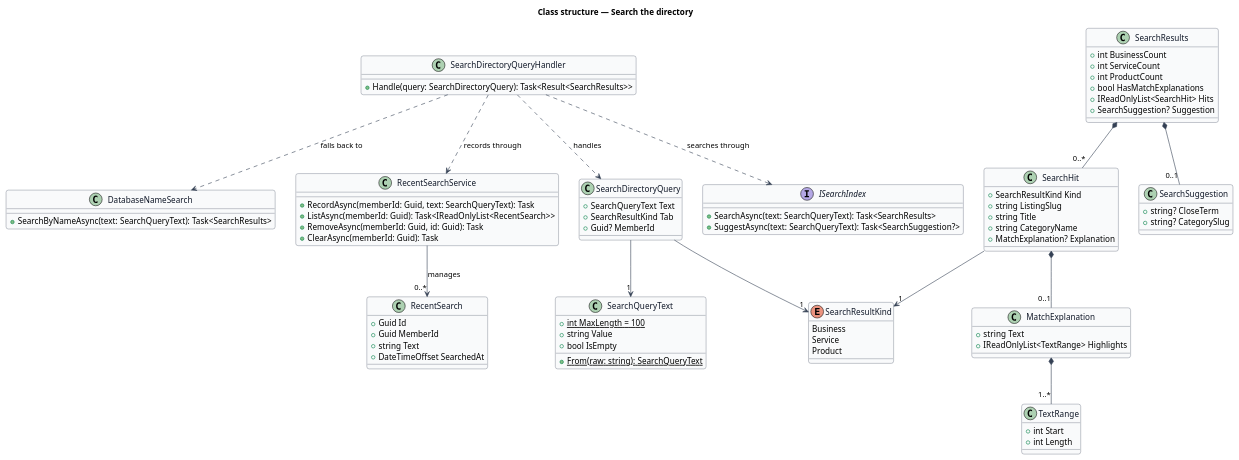
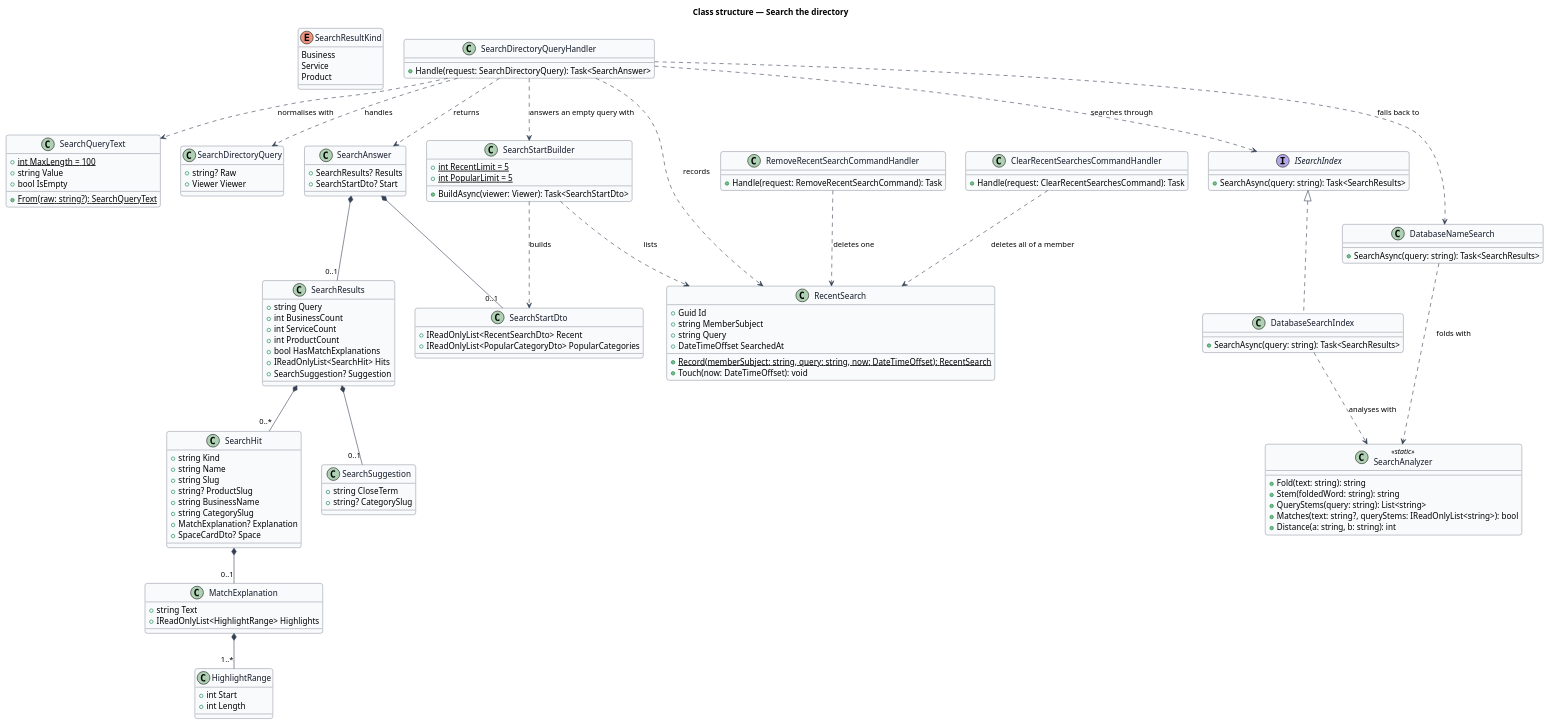
One commit to QuinntyneBrown/jubilee changed the diagram in docs/detailed-designs/directory/search-directory/diagrams/class-structure.puml. Above: the diagram before and after it, drawn with PlantUML. The commit also changed 34 other files, not shown here.

First line of the commit message:
Search: the index over the database is the final design, with no indexing job (ADR 0011, L2-029 AC7)

```diff
--- a/docs/detailed-designs/directory/search-directory/diagrams/class-structure.puml
+++ b/docs/detailed-designs/directory/search-directory/diagrams/class-structure.puml
@@ -1,106 +1,147 @@
 @startuml
 ' --- shared skin header ---
 skinparam backgroundColor #FFFFFF
 skinparam shadowing false
 skinparam roundcorner 8
 skinparam defaultFontName Arial
 skinparam ArrowColor #344054
 skinparam class {
   BorderColor #344054
   FontColor #101828
   BackgroundColor #F9FAFB
 }
 ' --------------------------
 title Class structure — Search the directory
 
 enum SearchResultKind {
   Business
   Service
   Product
 }
 
 class SearchQueryText {
   +{static} int MaxLength = 100
   +string Value
   +bool IsEmpty
-  +{static} From(raw: string): SearchQueryText
+  +{static} From(raw: string?): SearchQueryText
 }
 
 class SearchDirectoryQuery {
-  +SearchQueryText Text
-  +SearchResultKind Tab
-  +Guid? MemberId
+  +string? Raw
+  +Viewer Viewer
 }
 
 class SearchDirectoryQueryHandler {
-  +Handle(query: SearchDirectoryQuery): Task<Result<SearchResults>>
+  +Handle(request: SearchDirectoryQuery): Task<SearchAnswer>
+}
+
+class SearchAnswer {
+  +SearchResults? Results
+  +SearchStartDto? Start
 }
 
 interface ISearchIndex {
-  +SearchAsync(text: SearchQueryText): Task<SearchResults>
-  +SuggestAsync(text: SearchQueryText): Task<SearchSuggestion?>
+  +SearchAsync(query: string): Task<SearchResults>
+}
+
+class DatabaseSearchIndex {
+  +SearchAsync(query: string): Task<SearchResults>
+}
+
+class SearchAnalyzer <<static>> {
+  +Fold(text: string): string
+  +Stem(foldedWord: string): string
+  +QueryStems(query: string): List<string>
+  +Matches(text: string?, queryStems: IReadOnlyList<string>): bool
+  +Distance(a: string, b: string): int
 }
 
 class DatabaseNameSearch {
-  +SearchByNameAsync(text: SearchQueryText): Task<SearchResults>
+  +SearchAsync(query: string): Task<SearchResults>
 }
 
 class SearchResults {
+  +string Query
   +int BusinessCount
   +int ServiceCount
   +int ProductCount
   +bool HasMatchExplanations
   +IReadOnlyList<SearchHit> Hits
   +SearchSuggestion? Suggestion
 }
 
 class SearchHit {
-  +SearchResultKind Kind
-  +string ListingSlug
-  +string Title
-  +string CategoryName
+  +string Kind
+  +string Name
+  +string Slug
+  +string? ProductSlug
+  +string BusinessName
+  +string CategorySlug
   +MatchExplanation? Explanation
+  +SpaceCardDto? Space
 }
 
 class MatchExplanation {
   +string Text
-  +IReadOnlyList<TextRange> Highlights
+  +IReadOnlyList<HighlightRange> Highlights
 }
 
-class TextRange {
+class HighlightRange {
   +int Start
   +int Length
 }
 
 class SearchSuggestion {
-  +string? CloseTerm
+  +string CloseTerm
   +string? CategorySlug
 }
 
 class RecentSearch {
   +Guid Id
-  +Guid MemberId
-  +string Text
+  +string MemberSubject
+  +string Query
   +DateTimeOffset SearchedAt
+  +{static} Record(memberSubject: string, query: string, now: DateTimeOffset): RecentSearch
+  +Touch(now: DateTimeOffset): void
 }
 
-class RecentSearchService {
-  +RecordAsync(memberId: Guid, text: SearchQueryText): Task
-  +ListAsync(memberId: Guid): Task<IReadOnlyList<RecentSearch>>
-  +RemoveAsync(memberId: Guid, id: Guid): Task
-  +ClearAsync(memberId: Guid): Task
+class SearchStartBuilder {
+  +{static} int RecentLimit = 5
+  +{static} int PopularLimit = 5
+  +BuildAsync(viewer: Viewer): Task<SearchStartDto>
+}
+
+class SearchStartDto {
+  +IReadOnlyList<RecentSearchDto> Recent
+  +IReadOnlyList<PopularCategoryDto> PopularCategories
+}
+
+class RemoveRecentSearchCommandHandler {
+  +Handle(request: RemoveRecentSearchCommand): Task
+}
+
+class ClearRecentSearchesCommandHandler {
+  +Handle(request: ClearRecentSearchesCommand): Task
 }
 
 SearchDirectoryQueryHandler ..> SearchDirectoryQuery : handles
+SearchDirectoryQueryHandler ..> SearchQueryText : normalises with
 SearchDirectoryQueryHandler ..> ISearchIndex : searches through
 SearchDirectoryQueryHandler ..> DatabaseNameSearch : falls back to
-SearchDirectoryQueryHandler ..> RecentSearchService : records through
-SearchDirectoryQuery --> "1" SearchQueryText
-SearchDirectoryQuery --> "1" SearchResultKind
+SearchDirectoryQueryHandler ..> SearchStartBuilder : answers an empty query with
+SearchDirectoryQueryHandler ..> RecentSearch : records
+SearchDirectoryQueryHandler ..> SearchAnswer : returns
+ISearchIndex <|.. DatabaseSearchIndex
+DatabaseSearchIndex ..> SearchAnalyzer : analyses with
+DatabaseNameSearch ..> SearchAnalyzer : folds with
+SearchAnswer *-- "0..1" SearchResults
+SearchAnswer *-- "0..1" SearchStartDto
 SearchResults *-- "0..*" SearchHit
 SearchResults *-- "0..1" SearchSuggestion
-SearchHit --> "1" SearchResultKind
 SearchHit *-- "0..1" MatchExplanation
-MatchExplanation *-- "1..*" TextRange
-RecentSearchService --> "0..*" RecentSearch : manages
+MatchExplanation *-- "1..*" HighlightRange
+SearchStartBuilder ..> SearchStartDto : builds
+SearchStartBuilder ..> RecentSearch : lists
+RemoveRecentSearchCommandHandler ..> RecentSearch : deletes one
+ClearRecentSearchesCommandHandler ..> RecentSearch : deletes all of a member
 @enduml
```
